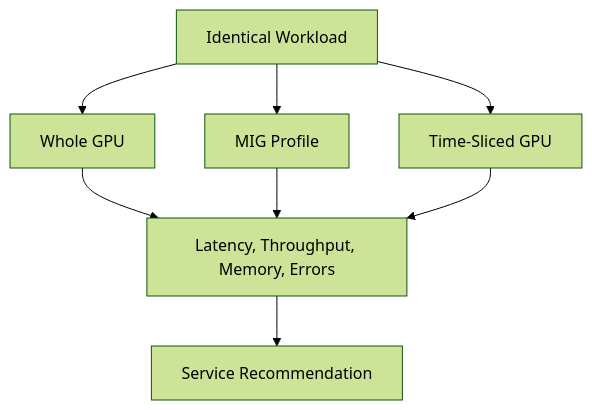
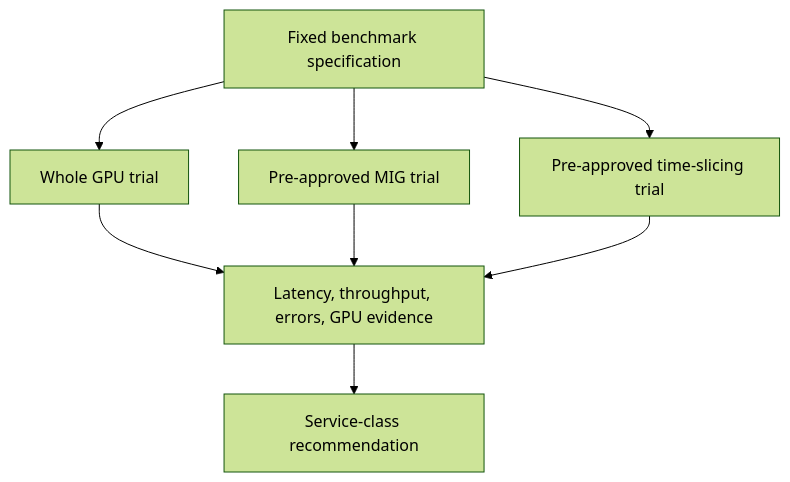
One commit to jithinpnjm/nvidia-devops changed the diagram in docs/nvidia-zero-to-hero/volume-11/labs/lab-03-compare-sharing-performance-and-isolation.md. Above: the diagram before and after it, drawn with Mermaid (forest theme). The commit also changed other lines of this file and 3 other files, not shown here.

````diff
--- a/docs/nvidia-zero-to-hero/volume-11/labs/lab-03-compare-sharing-performance-and-isolation.md
+++ b/docs/nvidia-zero-to-hero/volume-11/labs/lab-03-compare-sharing-performance-and-isolation.md
@@ -20,14 +31,10 @@
 ```mermaid
 flowchart TD
-    Workload[Identical Workload]
-    Whole[Whole GPU]
-    MIG[MIG Profile]
-    Time[Time-Sliced GPU]
-    Metrics[Latency, Throughput, Memory, Errors]
-    Decision[Service Recommendation]
-
-    Workload --> Whole --> Metrics
-    Workload --> MIG --> Metrics
-    Workload --> Time --> Metrics
-    Metrics --> Decision
+  Spec[Fixed benchmark specification] --> Whole[Whole GPU trial]
+  Spec --> MIG[Pre-approved MIG trial]
+  Spec --> TS[Pre-approved time-slicing trial]
+  Whole --> Evidence[Latency, throughput, errors, GPU evidence]
+  MIG --> Evidence
+  TS --> Evidence
+  Evidence --> Decision[Service-class recommendation]
 ```
````
